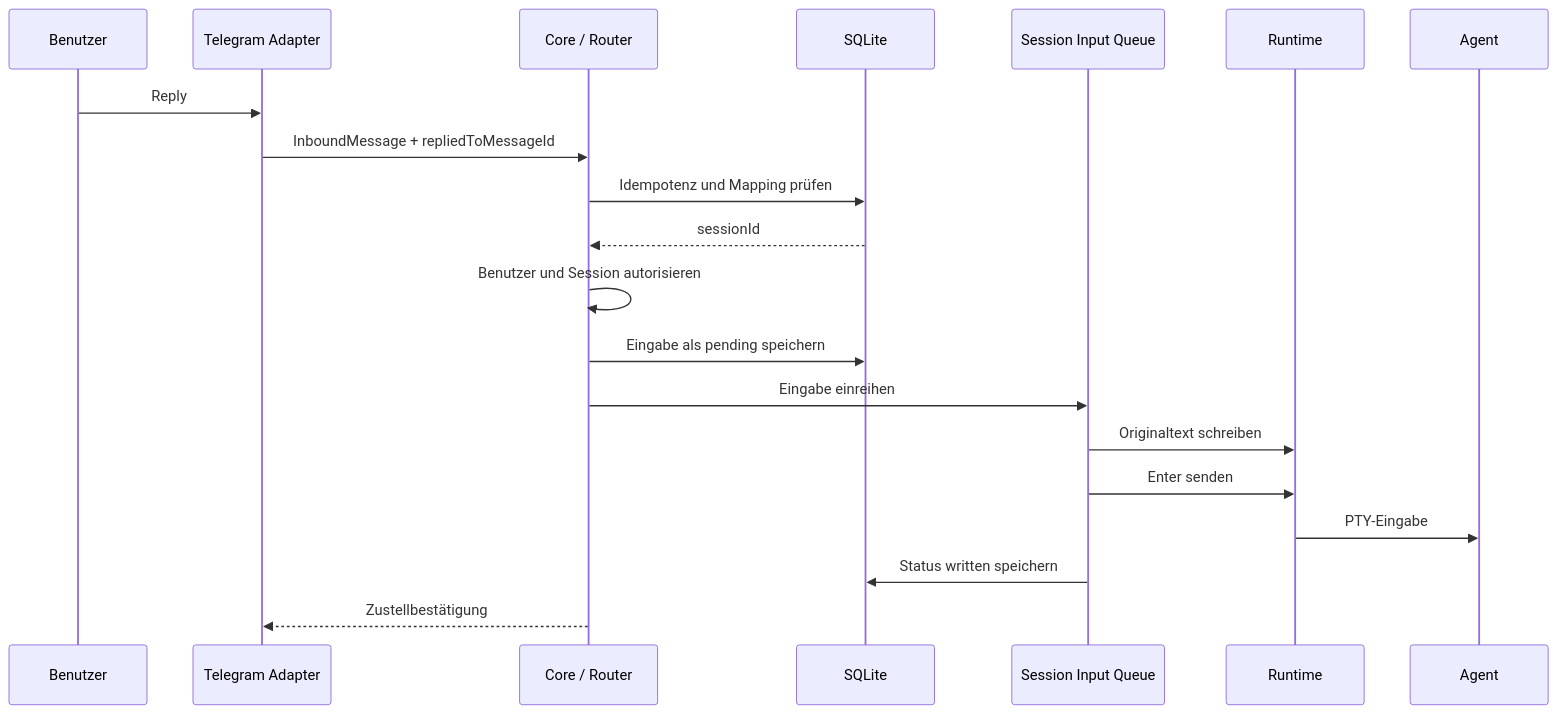
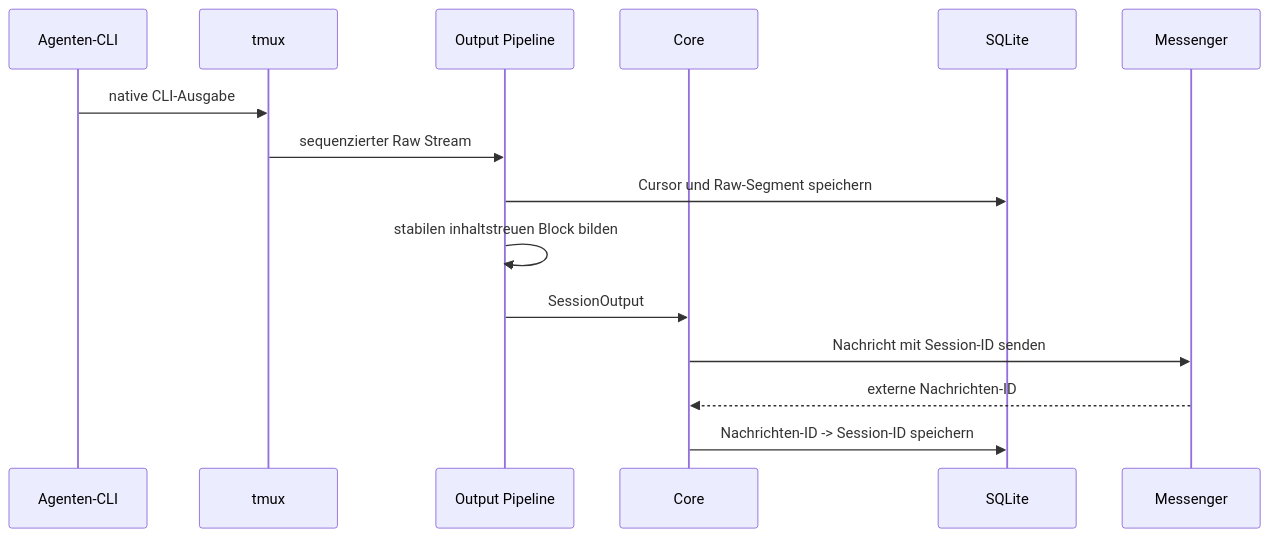
The third of 4 diagrams in docs/04-architecture.md (rogertobler/roundtable), drawn with Mermaid before and after one commit. The commit also changed other lines of this file and 12 other files, not shown here.

Commit message:
docs: define native CLI tunnel architecture

````diff
--- a/docs/04-architecture.md
+++ b/docs/04-architecture.md
@@ -309,23 +393,18 @@
 ```mermaid
 sequenceDiagram
-    participant U as Benutzer
-    participant T as Telegram Adapter
-    participant C as Core / Router
+    participant A as Agenten-CLI
+    participant B as tmux
+    participant O as Output Pipeline
+    participant C as Core
     participant D as SQLite
-    participant Q as Session Input Queue
-    participant R as Runtime
-    participant A as Agent
+    participant T as Messenger
 
-    U->>T: Reply
-    T->>C: InboundMessage + repliedToMessageId
-    C->>D: Idempotenz und Mapping prüfen
-    D-->>C: sessionId
-    C->>C: Benutzer und Session autorisieren
-    C->>D: Eingabe als pending speichern
-    C->>Q: Eingabe einreihen
-    Q->>R: Originaltext schreiben
-    Q->>R: Enter senden
-    R->>A: PTY-Eingabe
-    Q->>D: Status written speichern
-    C-->>T: Zustellbestätigung
+    A->>B: native CLI-Ausgabe
+    B->>O: sequenzierter Raw Stream
+    O->>D: Cursor und Raw-Segment speichern
+    O->>O: stabilen inhaltstreuen Block bilden
+    O->>C: SessionOutput
+    C->>T: Nachricht mit Session-ID senden
+    T-->>C: externe Nachrichten-ID
+    C->>D: Nachrichten-ID -> Session-ID speichern
 ```
````
